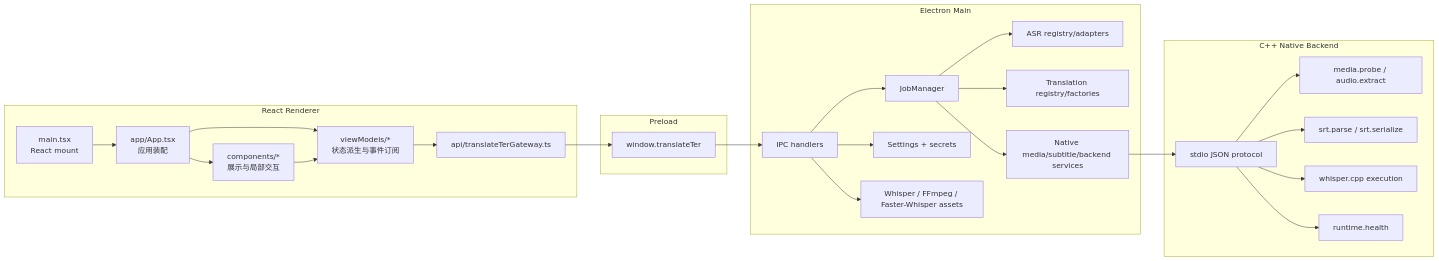
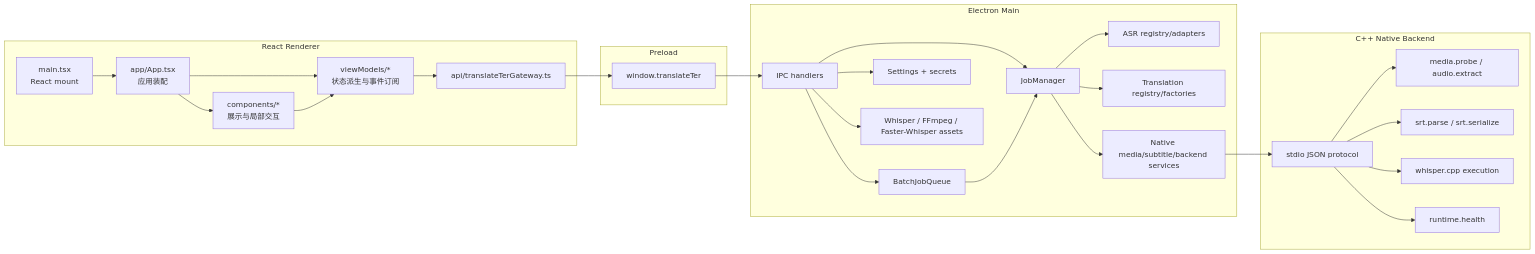
One commit to Azora-Shiraho/Translate-Ter changed the first of 3 diagrams in docs/architecture.md. Above: the diagram before and after it, drawn with Mermaid. The commit also changed other lines of this file and 7 other files, not shown here.

````diff
--- a/docs/architecture.md
+++ b/docs/architecture.md
@@ -39,51 +39,54 @@
 ```mermaid
 flowchart LR
   subgraph Renderer["React Renderer"]
     MainTsx["main.tsx<br/>React mount"]
     App["app/App.tsx<br/>应用装配"]
     Components["components/*<br/>展示与局部交互"]
     ViewModels["viewModels/*<br/>状态派生与事件订阅"]
     Gateway["api/translateTerGateway.ts"]
   end
 
   subgraph Preload["Preload"]
     Bridge["window.translateTer"]
   end
 
   subgraph Main["Electron Main"]
     Ipc["IPC handlers"]
+    BatchQueue["BatchJobQueue"]
     Jobs["JobManager"]
     AsrRegistry["ASR registry/adapters"]
     TranslationRegistry["Translation registry/factories"]
     Settings["Settings + secrets"]
     Assets["Whisper / FFmpeg / Faster-Whisper assets"]
     NativeServices["Native media/subtitle/backend services"]
   end
 
   subgraph Native["C++ Native Backend"]
     Protocol["stdio JSON protocol"]
     Media["media.probe / audio.extract"]
     Subtitle["srt.parse / srt.serialize"]
     Whisper["whisper.cpp execution"]
     Health["runtime.health"]
   end
 
   MainTsx --> App
   App --> Components
   App --> ViewModels
   Components --> ViewModels
   ViewModels --> Gateway
   Gateway --> Bridge
   Bridge --> Ipc
+  Ipc --> BatchQueue
   Ipc --> Jobs
+  BatchQueue --> Jobs
   Ipc --> Settings
   Ipc --> Assets
   Jobs --> AsrRegistry
   Jobs --> TranslationRegistry
   Jobs --> NativeServices
   NativeServices --> Protocol
   Protocol --> Media
   Protocol --> Subtitle
   Protocol --> Whisper
   Protocol --> Health
 ```
````
